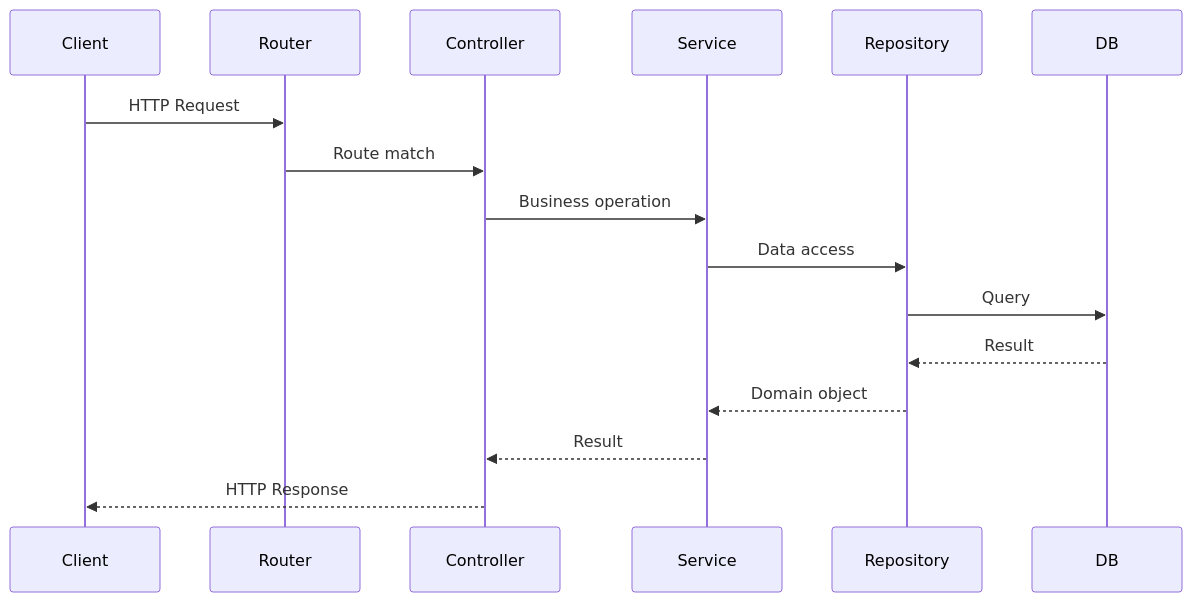
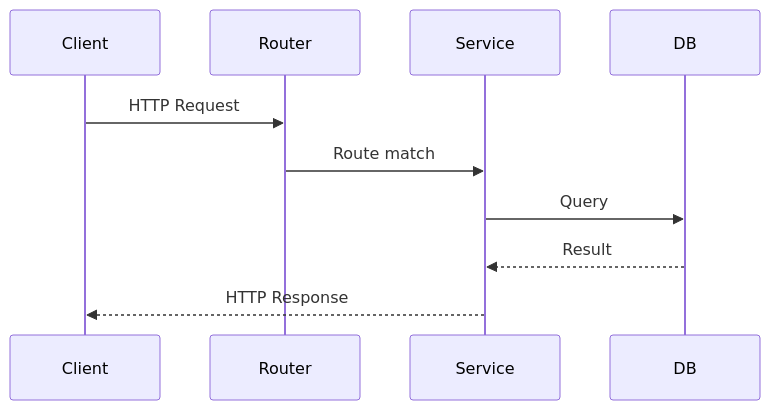
Before and after one commit to mayurpise/draft: the second of 5 diagrams in core/templates/architecture.md, drawn with Mermaid. The commit also changed other lines of this file and 32 other files, not shown here.

````diff
--- a/core/templates/architecture.md
+++ b/core/templates/architecture.md
@@ -71,19 +67,13 @@
 ```mermaid
 sequenceDiagram
     participant Client
     participant Router
-    participant Controller
     participant Service
-    participant Repository
     participant DB
 
     Client->>Router: HTTP Request
-    Router->>Controller: Route match
-    Controller->>Service: Business operation
-    Service->>Repository: Data access
-    Repository->>DB: Query
-    DB-->>Repository: Result
-    Repository-->>Service: Domain object
-    Service-->>Controller: Result
-    Controller-->>Client: HTTP Response
+    Router->>Service: Route match
+    Service->>DB: Query
+    DB-->>Service: Result
+    Service-->>Client: HTTP Response
 ```
````
